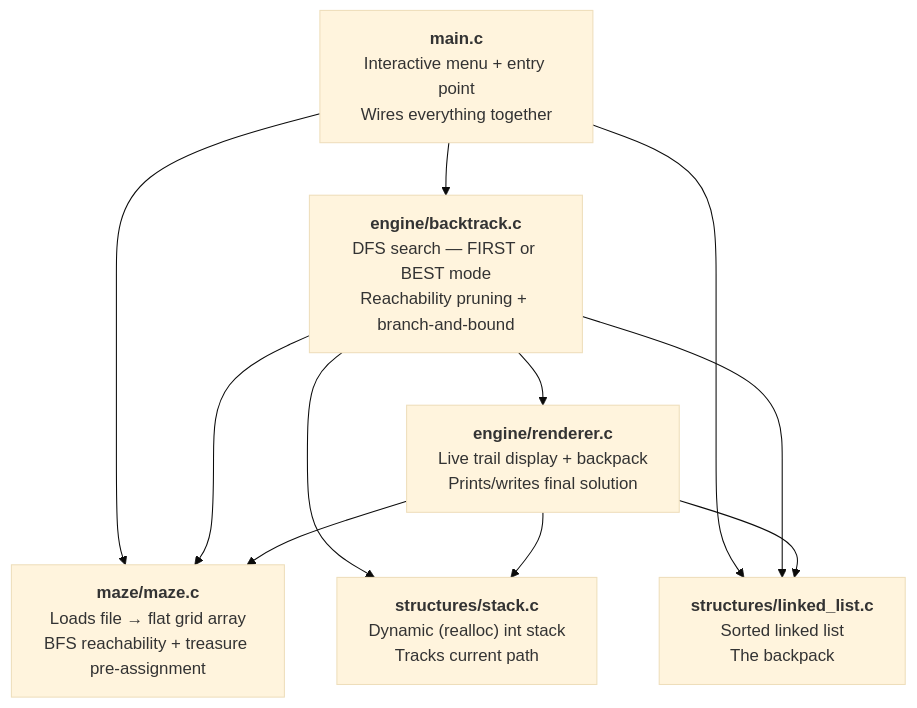
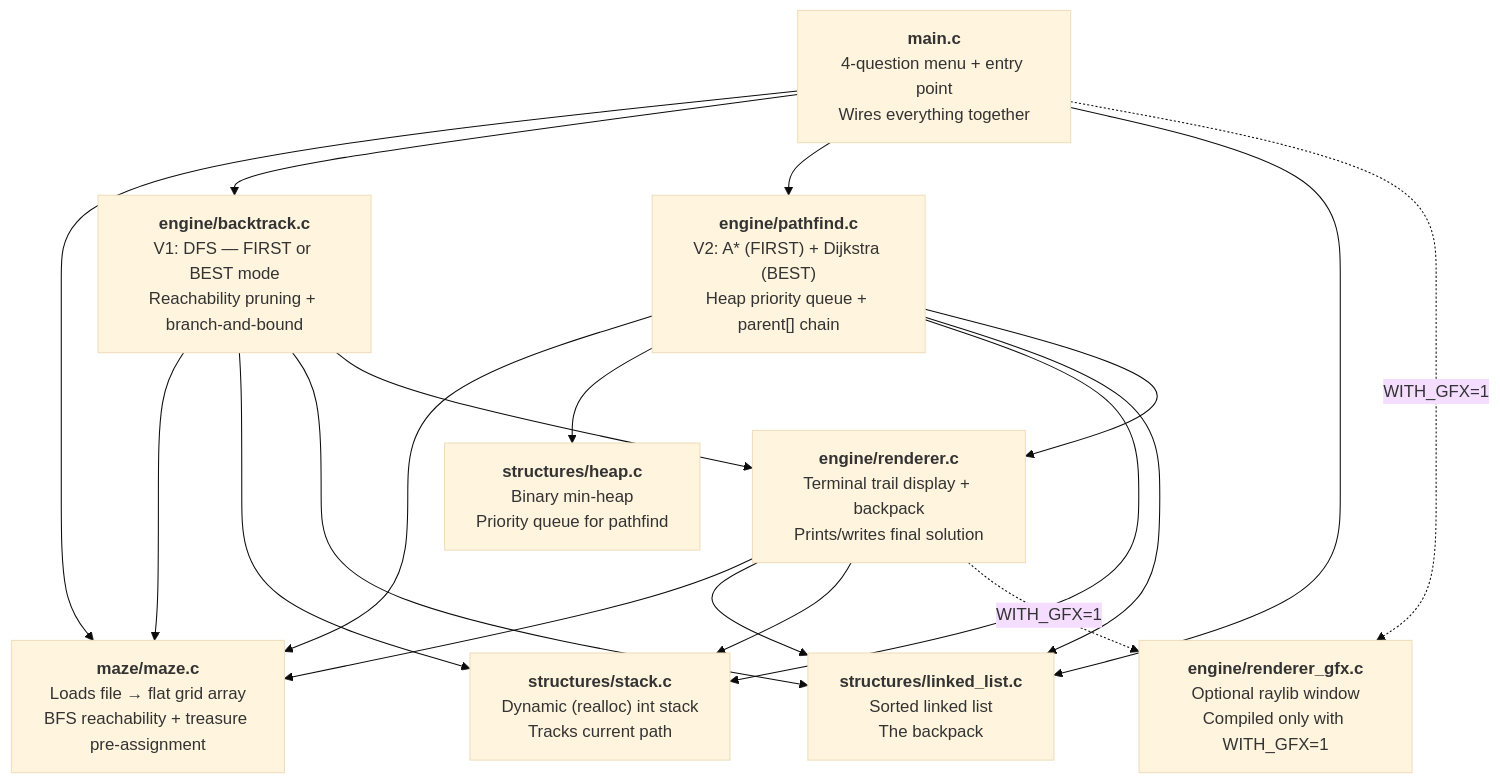
One commit to joseluinux/DSA5hSemesterProject changed the first of 6 diagrams in docs/architecture.md. Above: the diagram before and after it, drawn with Mermaid (base theme). The commit also changed other lines of this file and 5 other files, not shown here.

````diff
--- a/docs/architecture.md
+++ b/docs/architecture.md
@@ -11,27 +11,42 @@
 ```mermaid
 graph TD
-    main["<b>main.c</b><br/>Interactive menu + entry point<br/>Wires everything together"]
+    main["<b>main.c</b><br/>4-question menu + entry point<br/>Wires everything together"]
 
     maze["<b>maze/maze.c</b><br/>Loads file → flat grid array<br/>BFS reachability + treasure pre-assignment"]
 
-    backtrack["<b>engine/backtrack.c</b><br/>DFS search — FIRST or BEST mode<br/>Reachability pruning + branch-and-bound"]
+    backtrack["<b>engine/backtrack.c</b><br/>V1: DFS — FIRST or BEST mode<br/>Reachability pruning + branch-and-bound"]
 
-    renderer["<b>engine/renderer.c</b><br/>Live trail display + backpack<br/>Prints/writes final solution"]
+    pathfind["<b>engine/pathfind.c</b><br/>V2: A* (FIRST) + Dijkstra (BEST)<br/>Heap priority queue + parent[] chain"]
+
+    renderer["<b>engine/renderer.c</b><br/>Terminal trail display + backpack<br/>Prints/writes final solution"]
+
+    renderer_gfx["<b>engine/renderer_gfx.c</b><br/>Optional raylib window<br/>Compiled only with WITH_GFX=1"]
+
+    heap["<b>structures/heap.c</b><br/>Binary min-heap<br/>Priority queue for pathfind"]
 
     stack["<b>structures/stack.c</b><br/>Dynamic (realloc) int stack<br/>Tracks current path"]
 
     linked_list["<b>structures/linked_list.c</b><br/>Sorted linked list<br/>The backpack"]
 
     main       --> maze
     main       --> backtrack
+    main       --> pathfind
     main       --> linked_list
+    main       -. "WITH_GFX=1" .-> renderer_gfx
 
     backtrack  --> maze
     backtrack  --> stack
     backtrack  --> linked_list
     backtrack  --> renderer
 
+    pathfind   --> maze
+    pathfind   --> heap
+    pathfind   --> stack
+    pathfind   --> linked_list
+    pathfind   --> renderer
+
     renderer   --> maze
     renderer   --> linked_list
     renderer   --> stack
+    renderer   -. "WITH_GFX=1" .-> renderer_gfx
 ```
````
